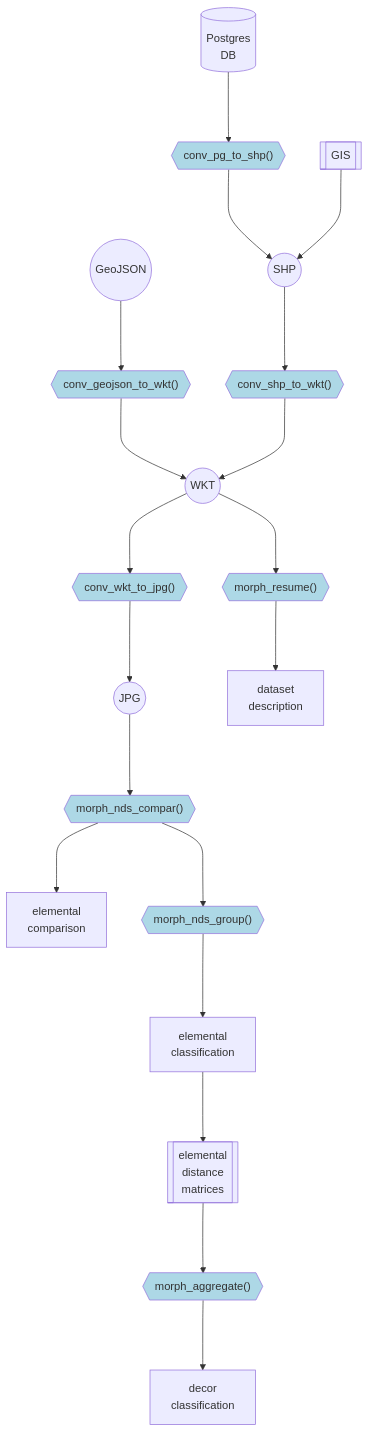
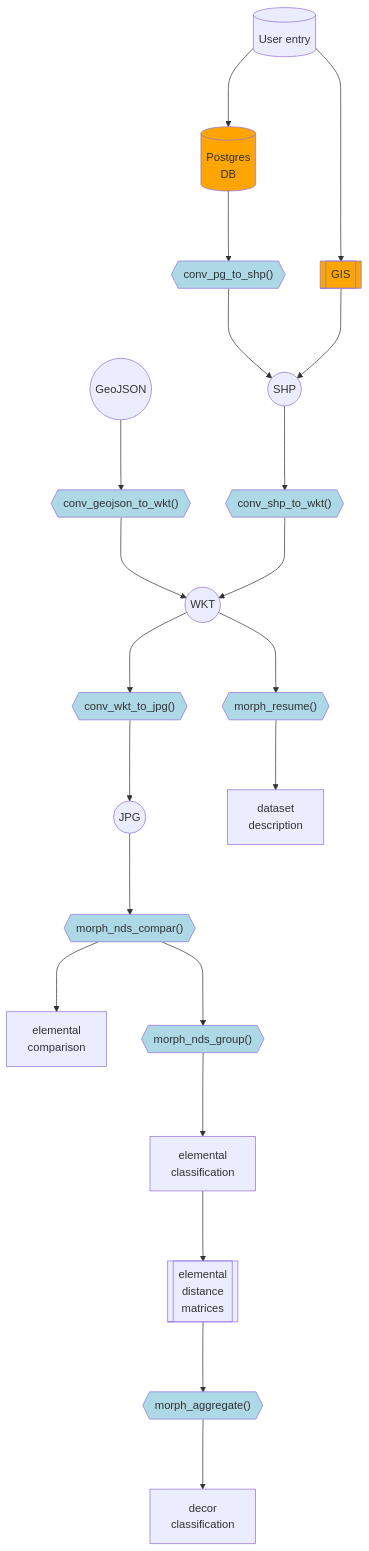
One commit to zoometh/iconr changed the diagram in README.md. Above: the diagram before and after it, drawn with Mermaid.

````diff
--- a/README.md
+++ b/README.md
@@ -231,22 +231,25 @@
 ```mermaid
 flowchart TD
-    A[(Postgres<br>DB)] ---> B{{"conv_pg_to_shp()"}}:::iconRpkg;
+    T[(User entry)] ---> A[(Postgres<br>DB)]:::iconRusr;
+    T ---> Q[[GIS]]:::iconRusr;
+    A ---> B{{"conv_pg_to_shp()"}}:::iconRpkg;
     B ---> C((SHP));
-    Q[[GIS]] ---> C;
+    Q ---> C;
     R((GeoJSON)) ---> S{{"conv_geojson_to_wkt()"}}:::iconRpkg;
     S ---> E((WKT));
     C ---> D{{"conv_shp_to_wkt()"}}:::iconRpkg;
     D ---> E;
     E ---> F{{"conv_wkt_to_jpg()"}}:::iconRpkg;
     F ---> G((JPG));
     G ---> J{{"morph_nds_compar()"}}:::iconRpkg;
     J ---> K[elemental<br>comparison];
     J ---> H{{"morph_nds_group()"}}:::iconRpkg;
     H ---> I[elemental<br>classification];
     E ---> L{{"morph_resume()"}}:::iconRpkg;
     L ---> P[dataset<br>description];
     I ---> M[[elemental<br>distance<br>matrices]];
     M ---> N{{"morph_aggregate()"}}:::iconRpkg;
     N ---> O[decor<br>classification];
     classDef iconRpkg fill:#add8e6;
+    classDef iconRusr fill:#ffa500;
 ```
````
